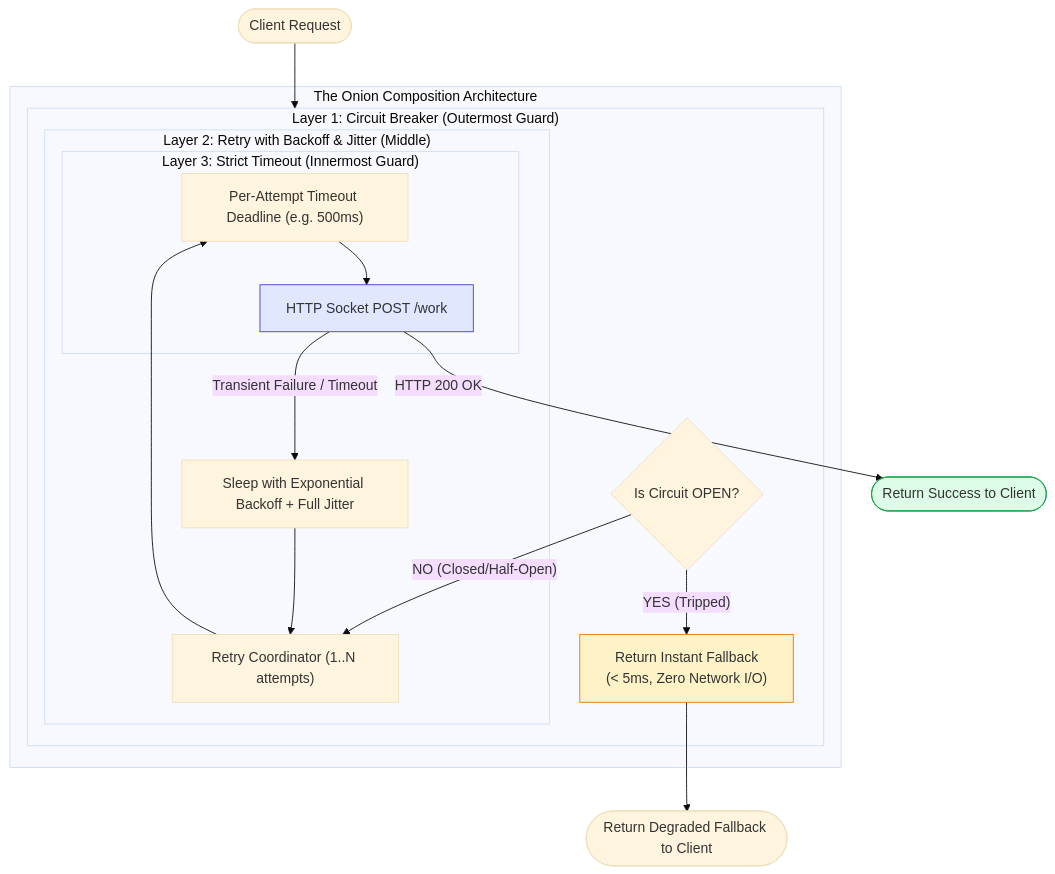
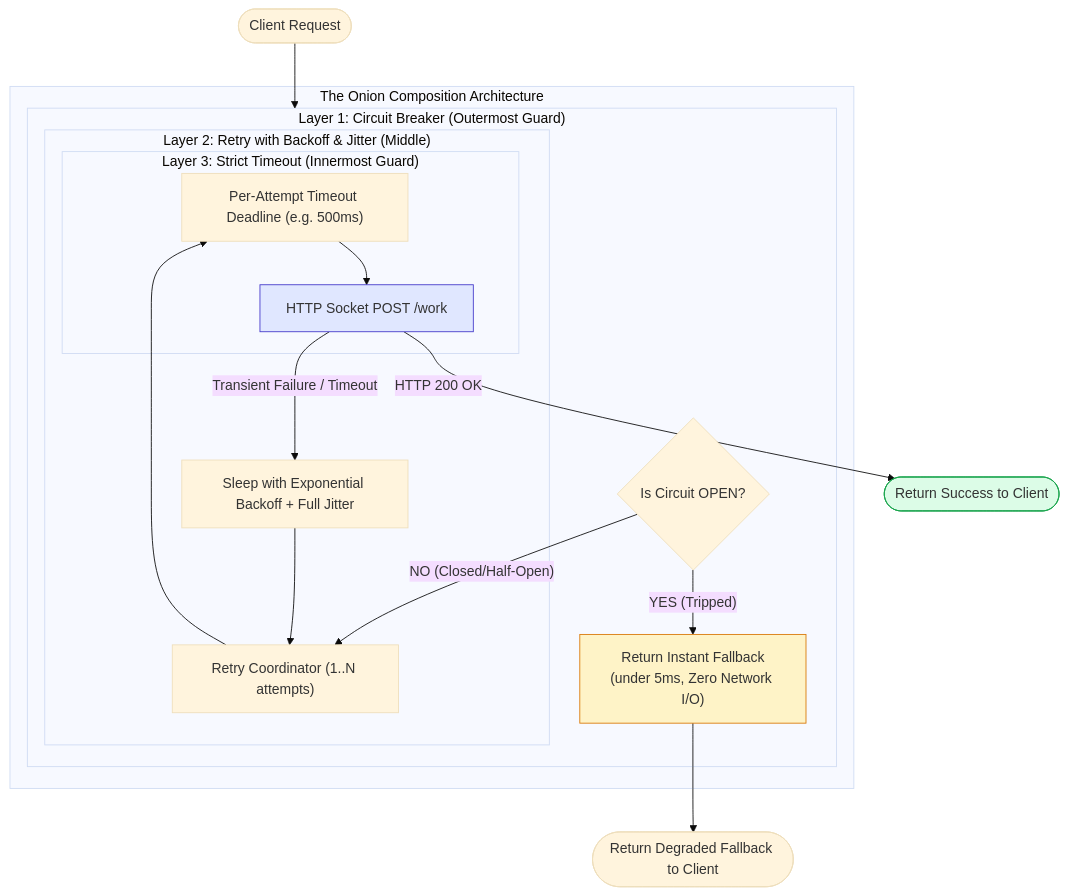
The first of 5 diagrams in docs/04-pattern-composition.md (yodh4/ubiquitous-parakeet), drawn with Mermaid (base theme) before and after one commit. The commit also changed other lines of this file and 5 other files, not shown here.

Commit message:
Docs: Remove redundant ASCII diagrams and fix Mermaid parser errors across all guides

````diff
--- a/docs/04-pattern-composition.md
+++ b/docs/04-pattern-composition.md
@@ -15,32 +15,32 @@
 ```mermaid
 flowchart TD
     Req(["Client Request"]) --> L1
 
     subgraph OnionModel ["The Onion Composition Architecture"]
         subgraph L1 ["Layer 1: Circuit Breaker (Outermost Guard)"]
             CBCheck{"Is Circuit OPEN?"}
-            FastFailResp["Return Instant Fallback\n(&lt; 5ms, Zero Network I/O)"]
+            FastFailResp["Return Instant Fallback\n(under 5ms, Zero Network I/O)"]
             CBCheck -->|"YES (Tripped)"| FastFailResp
             
             subgraph L2 ["Layer 2: Retry with Backoff & Jitter (Middle)"]
                 RetryCoordinator["Retry Coordinator (1..N attempts)"]
                 BackoffWait["Sleep with Exponential Backoff + Full Jitter"]
                 
                 subgraph L3 ["Layer 3: Strict Timeout (Innermost Guard)"]
                     DeadlineTimer["Per-Attempt Timeout Deadline (e.g. 500ms)"]
                     SocketCall["HTTP Socket POST /work"]
                 end
             end
         end
     end
 
     CBCheck -->|"NO (Closed/Half-Open)"| RetryCoordinator
     RetryCoordinator --> DeadlineTimer --> SocketCall
     SocketCall -->|"Transient Failure / Timeout"| BackoffWait --> RetryCoordinator
     SocketCall -->|"HTTP 200 OK"| SuccessResp(["Return Success to Client"])
     FastFailResp --> FailResp(["Return Degraded Fallback to Client"])
 
     style FastFailResp fill:#fef3c7,stroke:#d97706
     style SocketCall fill:#e0e7ff,stroke:#4338ca
     style SuccessResp fill:#dcfce7,stroke:#16a34a
 ```
````
